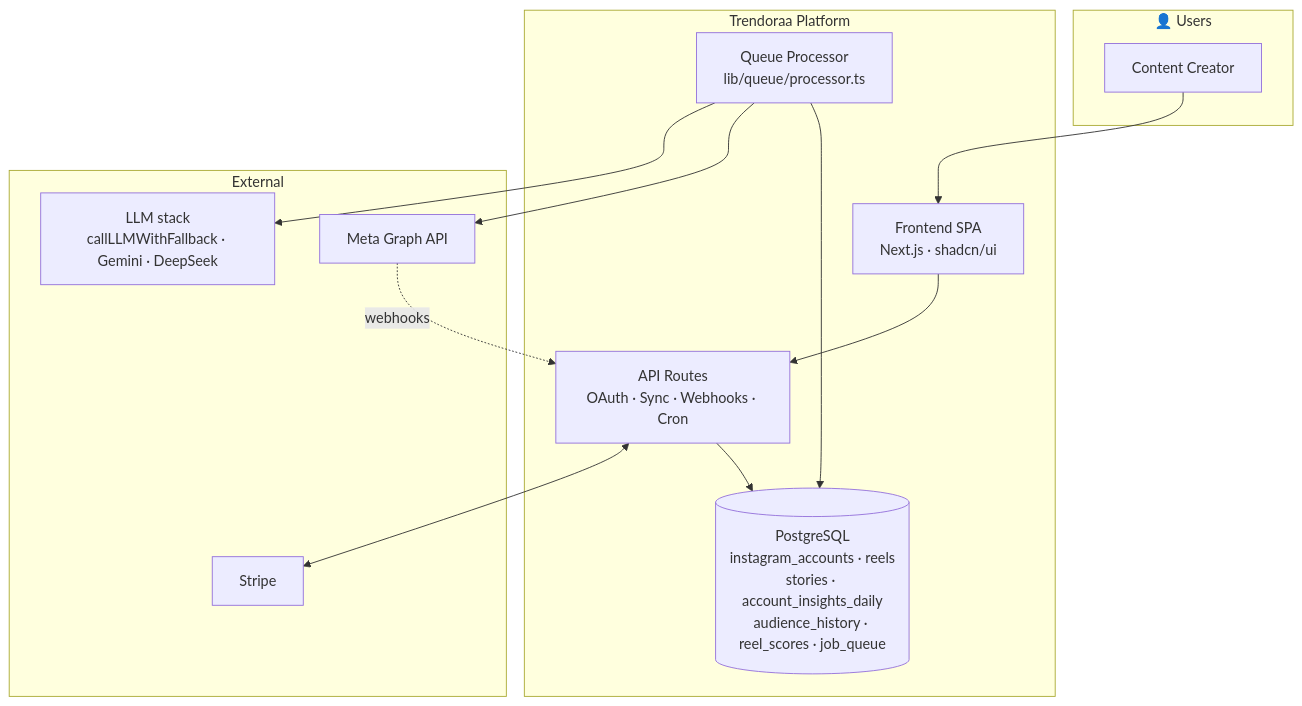
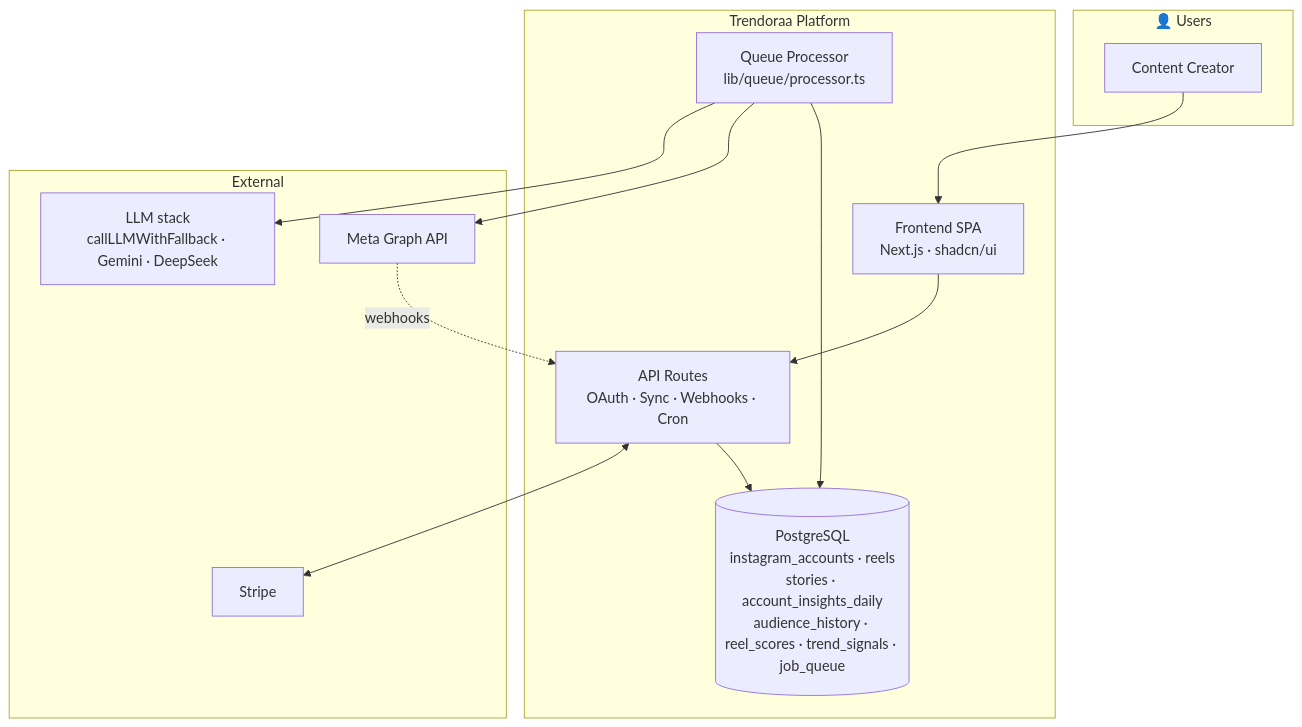
Before and after one commit to Jainam2848/ReelMetrics: the first of 4 diagrams in docs/architecture-decision-record.md, drawn with Mermaid. The commit also changed other lines of this file, not shown here.

Commit message:
docs(adr): update architecture decision record to include trend_signals table schema

````diff
--- a/docs/architecture-decision-record.md
+++ b/docs/architecture-decision-record.md
@@ -15,26 +15,26 @@
 ```mermaid
 flowchart TB
     subgraph People["👤 Users"]
         Creator["Content Creator"]
     end
 
     subgraph Trendoraa["Trendoraa Platform"]
         FE["Frontend SPA<br/>Next.js · shadcn/ui"]
         API["API Routes<br/>OAuth · Sync · Webhooks · Cron"]
         Worker["Queue Processor<br/>lib/queue/processor.ts"]
-        DB[("PostgreSQL<br/>instagram_accounts · reels<br/>stories · account_insights_daily<br/>audience_history · reel_scores · job_queue")]
+        DB[("PostgreSQL<br/>instagram_accounts · reels<br/>stories · account_insights_daily<br/>audience_history · reel_scores · trend_signals · job_queue")]
     end
 
     subgraph External["External"]
         Meta["Meta Graph API"]
         LLM["LLM stack<br/>callLLMWithFallback · Gemini · DeepSeek"]
         Stripe["Stripe"]
     end
 
     Creator --> FE --> API --> DB
     Worker --> DB
     Worker --> Meta
     Worker --> LLM
     API <--> Stripe
     Meta -.->|webhooks| API
 ```
````
